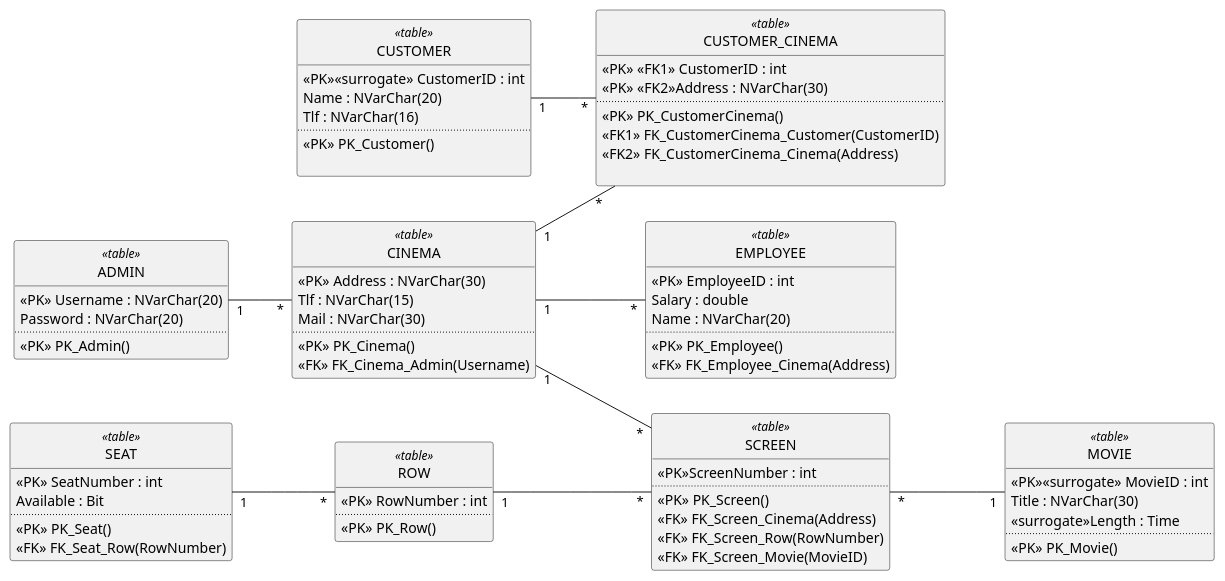
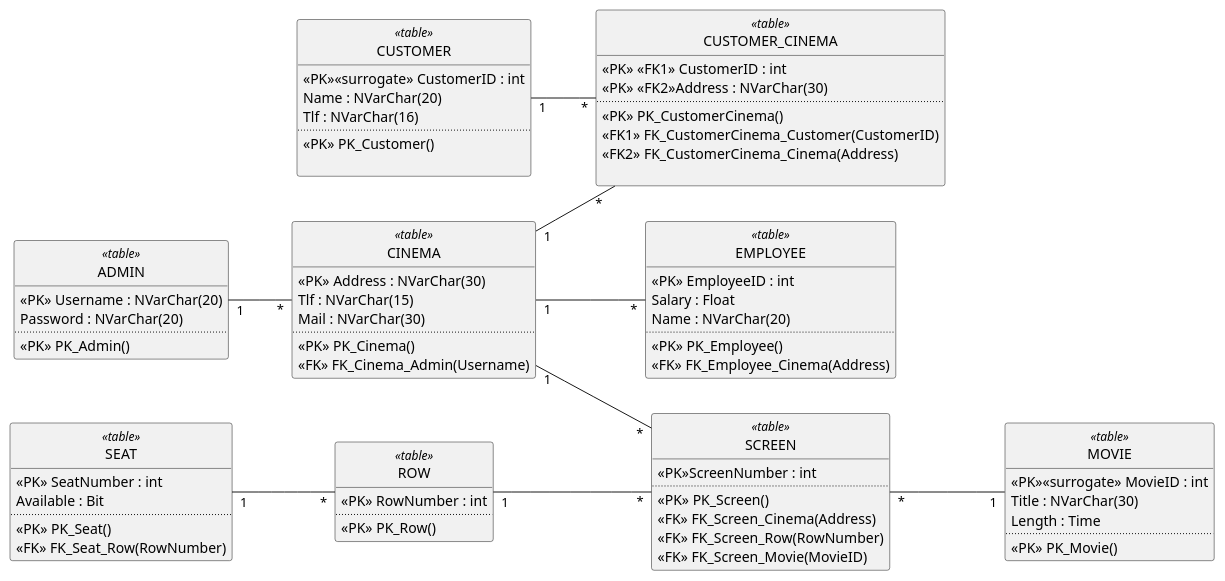
The diagram in Programering 2. sem/Opgaver/TheMoviesDatabaseModel.plantuml (FilipMeldal/Team1A), drawn with PlantUML before and after one commit.

Commit message:
Skiftet fra double til float og fjernet surrogate

```diff
--- a/Programering 2. sem/Opgaver/TheMoviesDatabaseModel.plantuml
+++ b/Programering 2. sem/Opgaver/TheMoviesDatabaseModel.plantuml
@@ -1,103 +1,103 @@
 @startuml
 
 hide circle
 left to right direction
 hide empty members
 
 
 ROW "1" -- "*" SCREEN  
 SEAT "1" -- "*" ROW
 CINEMA "1" -- "*" CUSTOMER_CINEMA
 CUSTOMER "1" -- "*" CUSTOMER_CINEMA
 CINEMA "1" -- "*" EMPLOYEE
 CINEMA "1" -- "*" SCREEN
 SCREEN "*" -- "1" MOVIE
 ADMIN "1" -- "*" CINEMA
 
 
 class CUSTOMER <<table>>
 {
     <<PK>><<surrogate>> CustomerID : int
     Name : NVarChar(20)    
     Tlf : NVarChar(16)
     ..
     <<PK>> PK_Customer()
 
 }
 
 class CINEMA <<table>>
 {
     <<PK>> Address : NVarChar(30)
     Tlf : NVarChar(15)
     Mail : NVarChar(30)
     ..
     <<PK>> PK_Cinema()
     <<FK>> FK_Cinema_Admin(Username)
 }
 
 class CUSTOMER_CINEMA <<table>>
 {
     <<PK>> <<FK1>> CustomerID : int
     <<PK>> <<FK2>>Address : NVarChar(30)
     ..
     <<PK>> PK_CustomerCinema()
     <<FK1>> FK_CustomerCinema_Customer(CustomerID)
     <<FK2>> FK_CustomerCinema_Cinema(Address)
 
 }
 
 class EMPLOYEE <<table>>
 {
     <<PK>> EmployeeID : int
-    Salary : double
+    Salary : Float
     Name : NVarChar(20)
     ..
     <<PK>> PK_Employee()
     <<FK>> FK_Employee_Cinema(Address)
 }
 
 class SCREEN  <<table>> 
 {
     <<PK>>ScreenNumber : int
     ..
     <<PK>> PK_Screen()
     <<FK>> FK_Screen_Cinema(Address)
     <<FK>> FK_Screen_Row(RowNumber)
     <<FK>> FK_Screen_Movie(MovieID)
 }
 
 class ROW <<table>>
 {
     <<PK>> RowNumber : int
     ..
     <<PK>> PK_Row()
 }
 
 class SEAT <<table>>
 {
     <<PK>> SeatNumber : int
     Available : Bit
     ..
     <<PK>> PK_Seat()
     <<FK>> FK_Seat_Row(RowNumber)
 }
 
 class MOVIE <<table>>
 {
     <<PK>><<surrogate>> MovieID : int
     Title : NVarChar(30)
-    <<surrogate>>Length : Time
+    Length : Time
     ..
     <<PK>> PK_Movie()
 }
 
 class ADMIN <<table>>
 {
     <<PK>> Username : NVarChar(20) 
     Password : NVarChar(20) 
     ..
     <<PK>> PK_Admin()
 }
 
 
 @enduml
```
